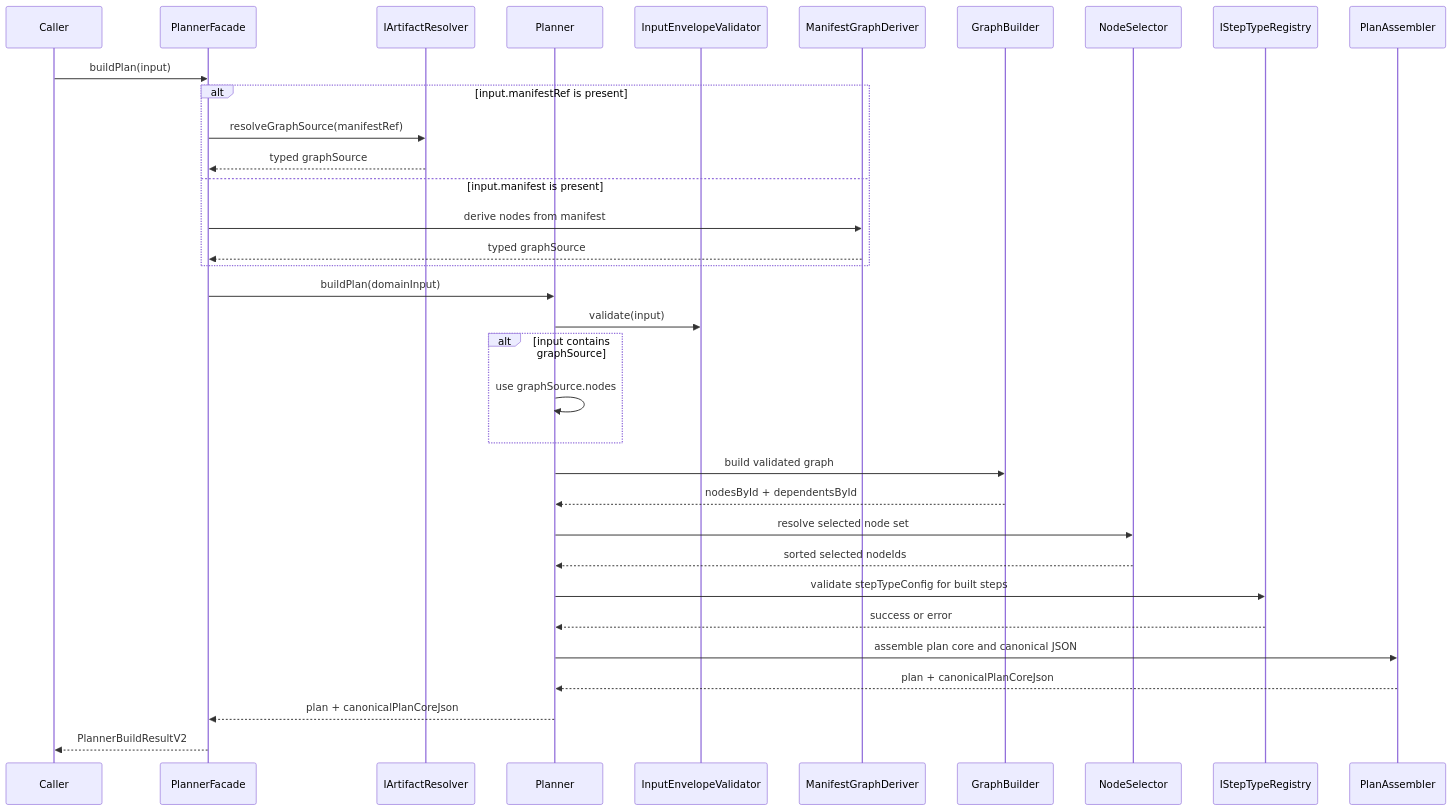
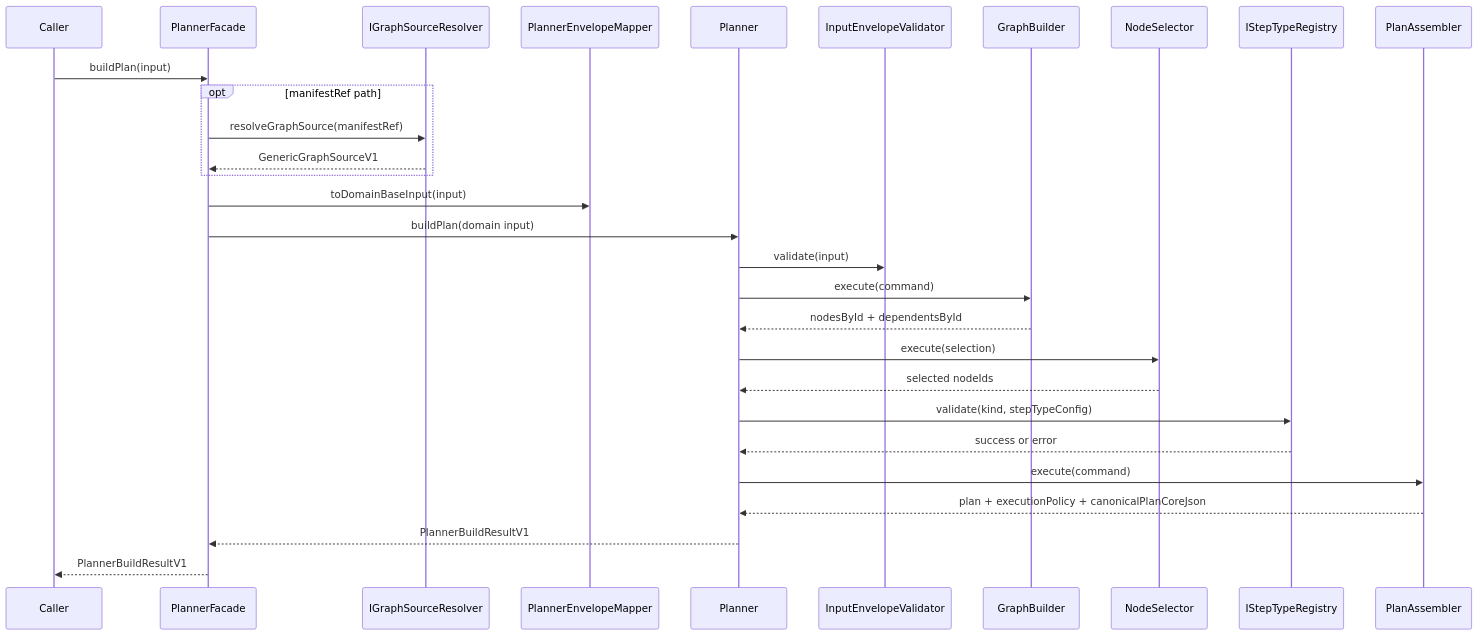
The second of 3 diagrams in docs/planning/status/planner-current-state-assessment.md (dunay2/dvt), drawn with Mermaid before and after one commit. The commit also changed other lines of this file and 4 other files, not shown here.

````diff
--- a/docs/planning/status/planner-current-state-assessment.md
+++ b/docs/planning/status/planner-current-state-assessment.md
@@ -349,37 +94,32 @@
 ```mermaid
 sequenceDiagram
-    participant Caller
+    participant Caller as Caller
     participant Facade as PlannerFacade
-    participant Resolver as IArtifactResolver
+    participant Resolver as IGraphSourceResolver
+    participant Mapper as PlannerEnvelopeMapper
     participant Core as Planner
     participant Validator as InputEnvelopeValidator
-    participant Deriver as ManifestGraphDeriver
     participant Graph as GraphBuilder
     participant Selector as NodeSelector
     participant Registry as IStepTypeRegistry
     participant Assembler as PlanAssembler
 
     Caller->>Facade: buildPlan(input)
-    alt input.manifestRef is present
+    opt manifestRef path
         Facade->>Resolver: resolveGraphSource(manifestRef)
-        Resolver-->>Facade: typed graphSource
-    else input.manifest is present
-        Facade->>Deriver: derive nodes from manifest
-        Deriver-->>Facade: typed graphSource
+        Resolver-->>Facade: GenericGraphSourceV1
     end
-    Facade->>Core: buildPlan(domainInput)
+    Facade->>Mapper: toDomainBaseInput(input)
+    Facade->>Core: buildPlan(domain input)
     Core->>Validator: validate(input)
-    alt input contains graphSource
-        Core->>Core: use graphSource.nodes
-    end
-    Core->>Graph: build validated graph
+    Core->>Graph: execute(command)
     Graph-->>Core: nodesById + dependentsById
-    Core->>Selector: resolve selected node set
-    Selector-->>Core: sorted selected nodeIds
-    Core->>Registry: validate stepTypeConfig for built steps
+    Core->>Selector: execute(selection)
+    Selector-->>Core: selected nodeIds
+    Core->>Registry: validate(kind, stepTypeConfig)
     Registry-->>Core: success or error
-    Core->>Assembler: assemble plan core and canonical JSON
-    Assembler-->>Core: plan + canonicalPlanCoreJson
-    Core-->>Facade: plan + canonicalPlanCoreJson
-    Facade-->>Caller: PlannerBuildResultV2
+    Core->>Assembler: execute(command)
+    Assembler-->>Core: plan + executionPolicy + canonicalPlanCoreJson
+    Core-->>Facade: PlannerBuildResultV1
+    Facade-->>Caller: PlannerBuildResultV1
 ```
````
